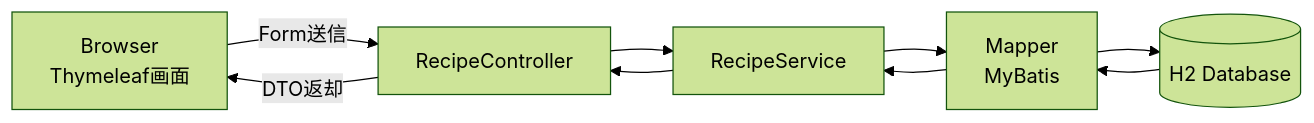
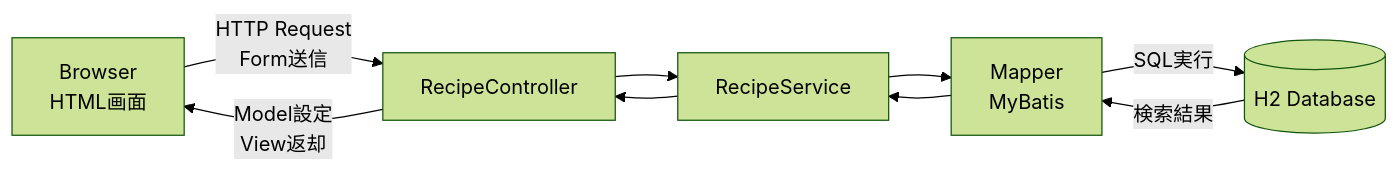
The first of 3 diagrams in README.md (TakeshiUeta/CurryRecipeManager), drawn with Mermaid (forest theme) before and after one commit. The commit also changed other lines of this file, not shown here.

````diff
--- a/README.md
+++ b/README.md
@@ -62,24 +90,29 @@
 ```mermaid
 flowchart LR
 
-    A[Browser<br>Thymeleaf画面]
+    A[Browser<br>HTML画面]
 
     B[RecipeController]
 
     C[RecipeService]
 
     D[Mapper<br>MyBatis]
 
     E[(H2 Database)]
 
-    A -->|Form送信| B
+    A -->|HTTP Request<br>Form送信| B
+
     B --> C
+
     C --> D
-    D --> E
 
-    E --> D
+    D -->|SQL実行| E
+
+    E -->|検索結果| D
+
     D --> C
+
     C --> B
-    B -->|DTO返却| A
 
+    B -->|Model設定<br>View返却| A
 ```
````
